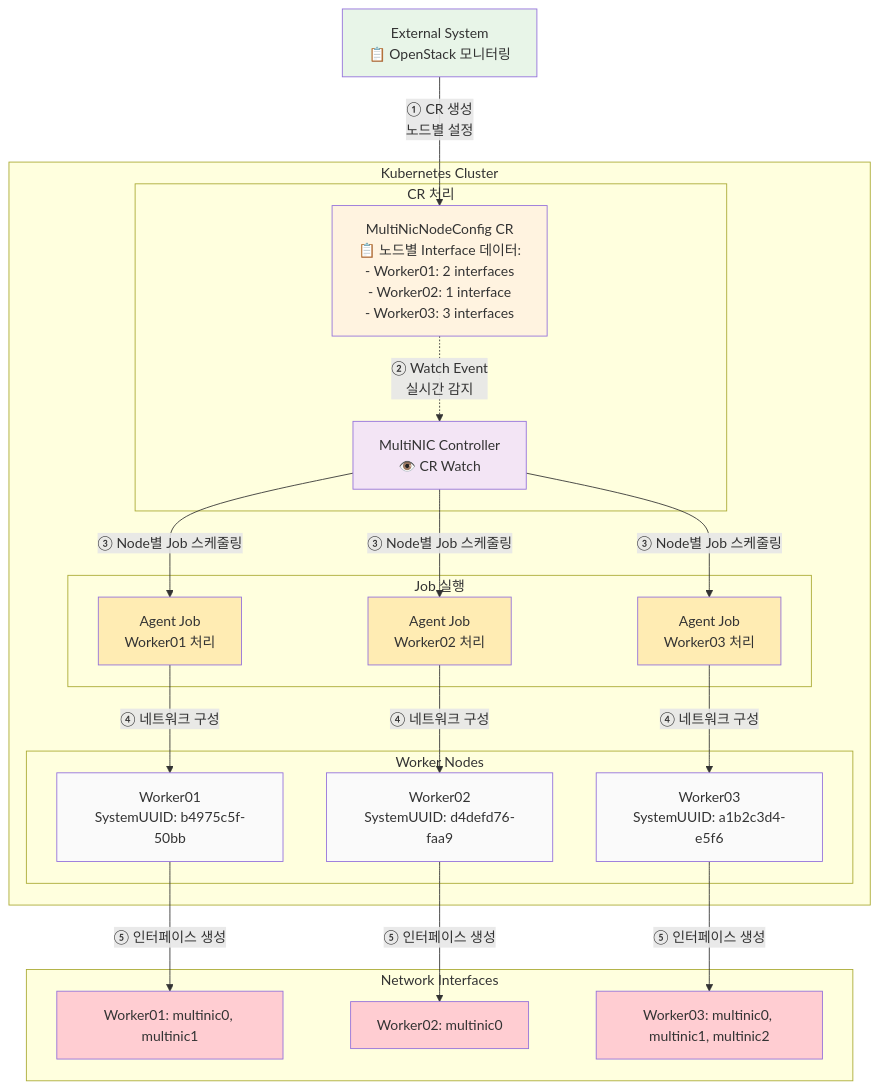
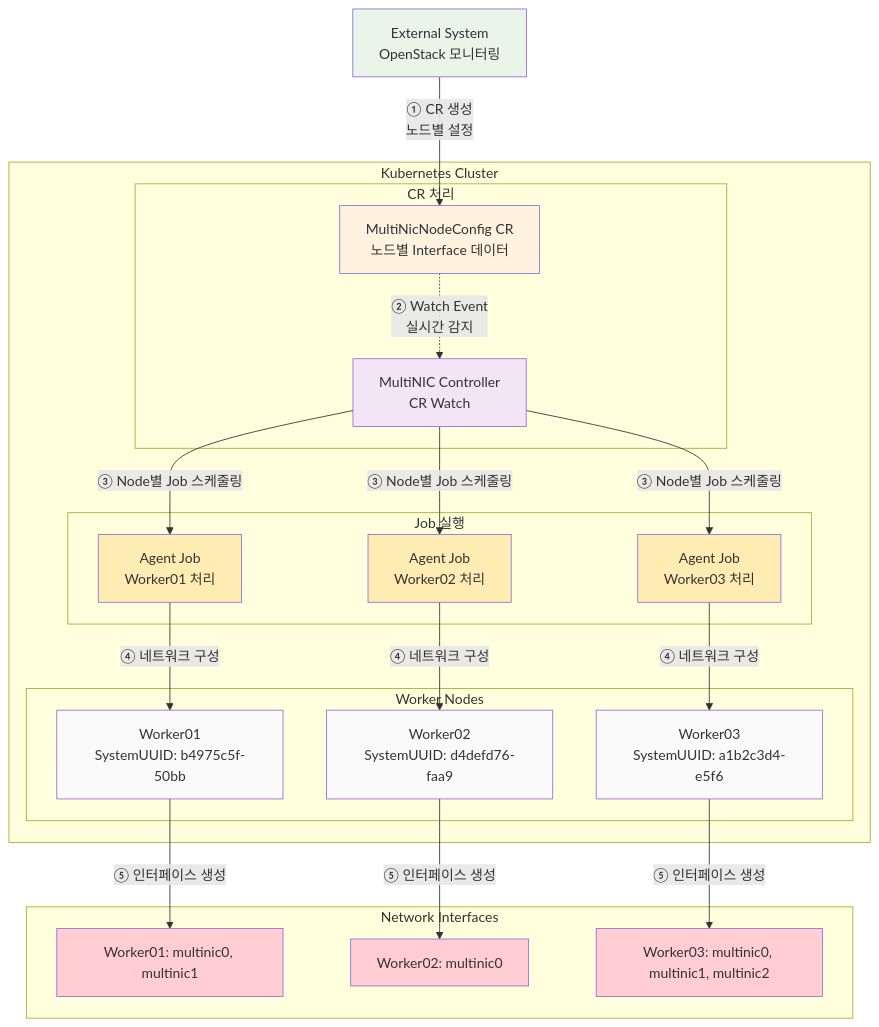
Before and after one commit to Minzino/multi-network-interface-agent: the first of 2 diagrams in README.md, drawn with Mermaid. The commit also changed other lines of this file, not shown here.

First line of the commit message:
docs(readme): remove emojis and SELinux references; update architecture/flow

````diff
--- a/README.md
+++ b/README.md
@@ -35,57 +35,57 @@
 ```mermaid
 graph TB
-    External[External System<br/>📋 OpenStack 모니터링]
+    External[External System<br/>OpenStack 모니터링]
 
 subgraph "Kubernetes Cluster"
 subgraph "CR 처리"
-MultiNICController[MultiNIC Controller<br/>👁️ CR Watch]
-NodeCR[MultiNicNodeConfig CR<br/>📋 노드별 Interface 데이터:<br/>- Worker01: 2 interfaces<br/>- Worker02: 1 interface<br/>- Worker03: 3 interfaces]
+MultiNICController[MultiNIC Controller<br/>CR Watch]
+NodeCR[MultiNicNodeConfig CR<br/>노드별 Interface 데이터]
 end
 
 subgraph "Job 실행"
 Job1[Agent Job<br/>Worker01 처리]
 Job2[Agent Job<br/>Worker02 처리]
 Job3[Agent Job<br/>Worker03 처리]
 end
 
 subgraph "Worker Nodes"
 Node1[Worker01<br/>SystemUUID: b4975c5f-50bb]
 Node2[Worker02<br/>SystemUUID: d4defd76-faa9]
 Node3[Worker03<br/>SystemUUID: a1b2c3d4-e5f6]
 end
 end
 
 subgraph "Network Interfaces"
 NIC1[Worker01: multinic0, multinic1]
 NIC2[Worker02: multinic0]
 NIC3[Worker03: multinic0, multinic1, multinic2]
 end
 
 %% 데이터 흐름
 External -->|① CR 생성<br/>노드별 설정| NodeCR
 NodeCR -.->|② Watch Event<br/>실시간 감지| MultiNICController
 MultiNICController -->|③ Node별 Job 스케줄링| Job1
 MultiNICController -->|③ Node별 Job 스케줄링| Job2
 MultiNICController -->|③ Node별 Job 스케줄링| Job3
 Job1 -->|④ 네트워크 구성| Node1
 Job2 -->|④ 네트워크 구성| Node2
 Job3 -->|④ 네트워크 구성| Node3
 Node1 -->|⑤ 인터페이스 생성| NIC1
 Node2 -->|⑤ 인터페이스 생성| NIC2
 Node3 -->|⑤ 인터페이스 생성| NIC3
 
 %% 스타일링
 classDef external fill:#e8f5e8
 classDef controller fill:#f3e5f5
 classDef cr fill:#fff3e0
 classDef job fill:#ffecb3
 classDef node fill:#fafafa
 classDef nic fill:#ffcdd2
 
 class External external
 class MultiNICController controller
 class NodeCR cr
 class Job1,Job2,Job3 job
 class Node1,Node2,Node3 node
 class NIC1,NIC2,NIC3 nic
 ```
````
